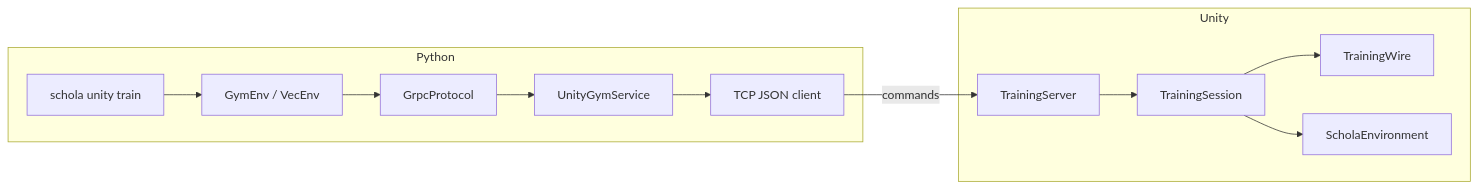
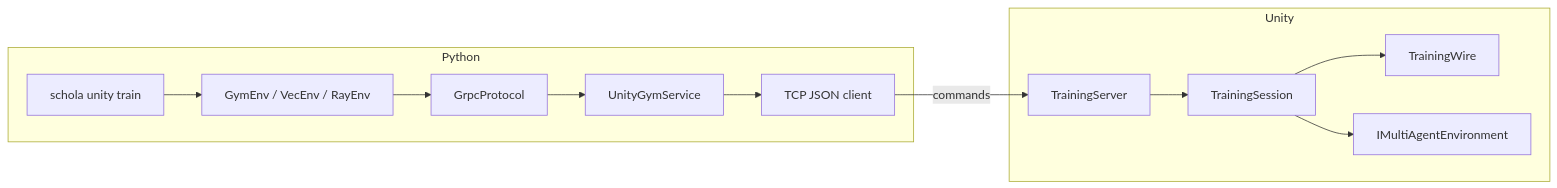
Before and after one commit to GPUOpen-LibrariesAndSDKs/Schola: the eighth of 13 diagrams in Unity/com.amd.schola/Documentation~/architecture/us1-us4-uml.md, drawn with Mermaid. The commit also changed other lines of this file and 21 other files, not shown here.

First line of the commit message:
feat: connect multi-agent environments to training

````diff
--- a/Unity/com.amd.schola/Documentation~/architecture/us1-us4-uml.md
+++ b/Unity/com.amd.schola/Documentation~/architecture/us1-us4-uml.md
@@ -423,23 +423,23 @@
 ```mermaid
 flowchart LR
   subgraph pythonSide ["Python"]
     cli["schola unity train"]
-    gymEnv["GymEnv / VecEnv"]
+    gymEnv["GymEnv / VecEnv / RayEnv"]
     grpcClient["GrpcProtocol"]
     gymService["UnityGymService"]
     bridge["TCP JSON client"]
     cli --> gymEnv --> grpcClient --> gymService --> bridge
   end
 
   subgraph unitySide ["Unity"]
     server["TrainingServer"]
     session["TrainingSession"]
     wire["TrainingWire"]
-    env["ScholaEnvironment"]
+    multi["IMultiAgentEnvironment"]
     server --> session
     session --> wire
-    session --> env
+    session --> multi
   end
 
   bridge -->|"commands"| server
 ```
````
